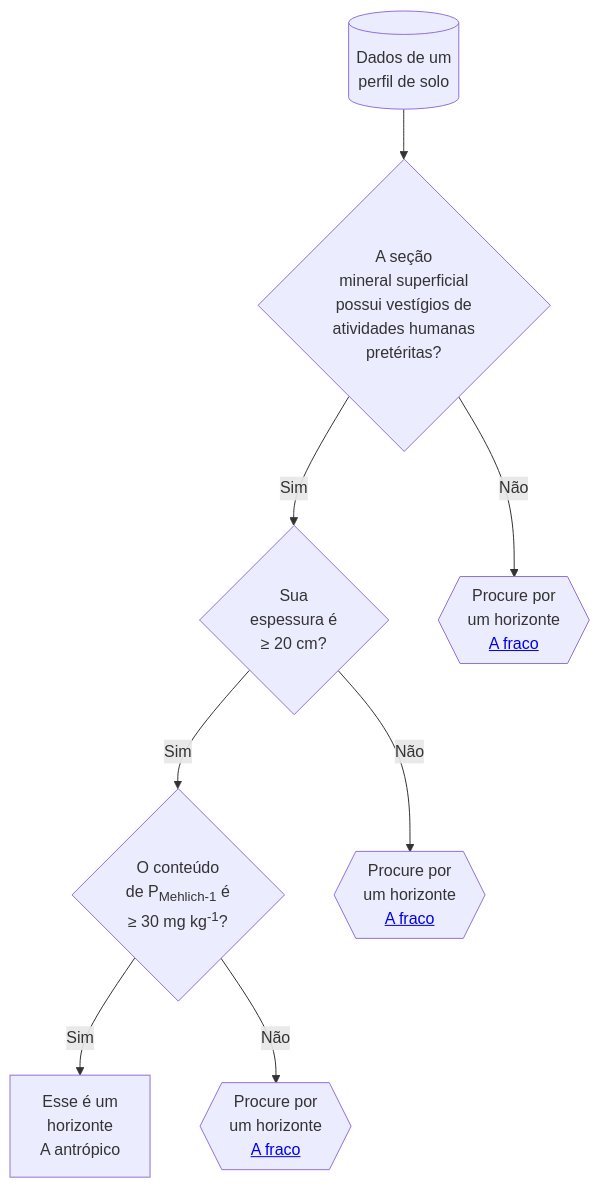
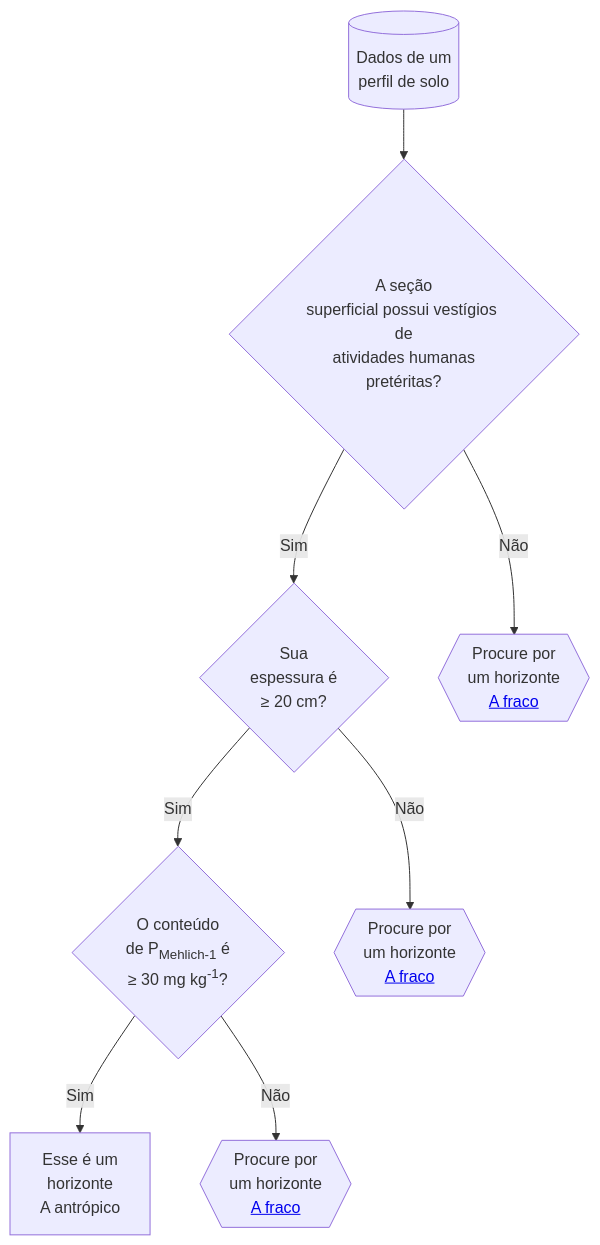
Before and after one commit to Laboratorio-de-Pedometria/pedometria.org: the diagram in content/cursos/classificacao-de-solos/antropico.md, drawn with Mermaid.

````diff
--- a/content/cursos/classificacao-de-solos/antropico.md
+++ b/content/cursos/classificacao-de-solos/antropico.md
@@ -16,13 +16,13 @@
 ```mermaid
 graph TB
-  DADOS[("Dados de um<br>perfil de solo")] --> HUMANOS{"A seção<br>mineral superficial<br>possui vestígios de<br>atividades humanas<br>pretéritas?"}
+  DADOS[("Dados de um<br>perfil de solo")] --> HUMANOS{"A seção<br>superficial possui vestígios de<br>atividades humanas<br>pretéritas?"}
   
   HUMANOS -->|Sim| ESPESSURA{"Sua<br>espessura é<br>≥ 20 cm?"}
   HUMANOS -->|Não| FRACO1{{"Procure por<br>um horizonte<br><a href='../fraco/'>A fraco</a>"}}
   
   ESPESSURA -->|Sim| FOSFORO{"O conteúdo<br>de P<sub>Mehlich-1</sub> é<br>≥ 30 mg kg<sup>-1</sup>?"}
   ESPESSURA -->|Não| FRACO2{{"Procure por<br>um horizonte<br><a href='../fraco/'>A fraco</a>"}}
   
   FOSFORO -->|Sim| ANTROPICO["Esse é um<br>horizonte<br>A antrópico"]
   FOSFORO -->|Não| FRACO3{{"Procure por<br>um horizonte<br><a href='../fraco/'>A fraco</a>"}}
 ```
````
